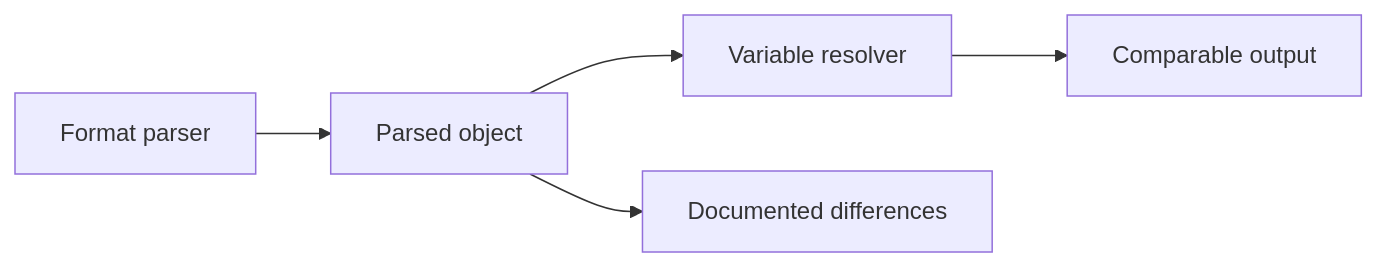
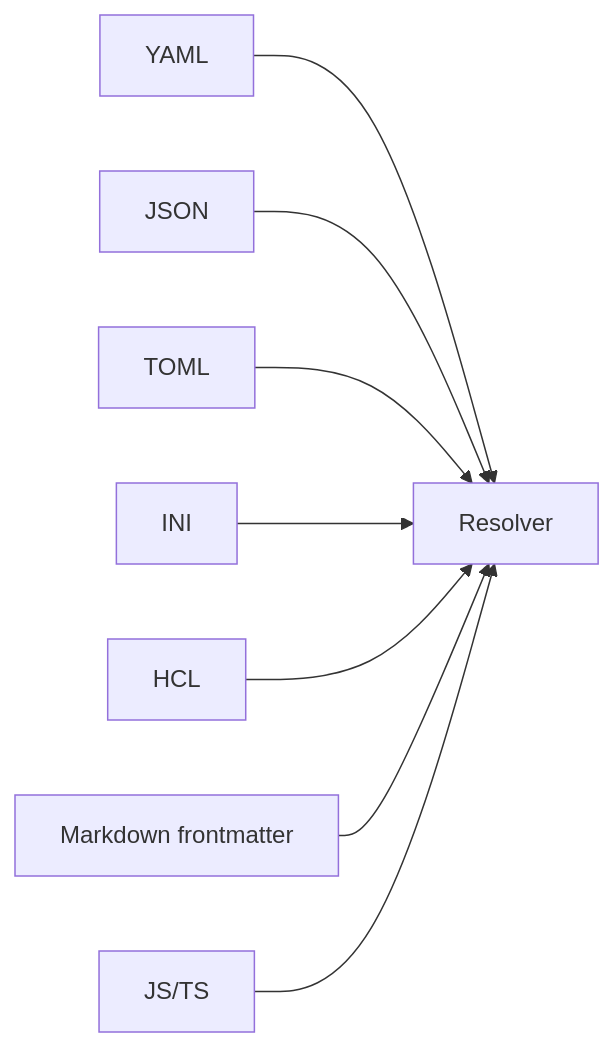
Before and after one commit to DavidWells/configorama: the diagram in site/content/concepts/cross-format-semantics.mdx, drawn with Mermaid. The commit also changed other lines of this file and 17 other files, not shown here.

````diff
--- a/site/content/concepts/cross-format-semantics.mdx
+++ b/site/content/concepts/cross-format-semantics.mdx
@@ -12,7 +16,10 @@
 ```mermaid
 graph LR
-  A[Format parser] --> B[Parsed object]
-  B --> C[Variable resolver]
-  C --> D[Comparable output]
-  B --> E[Documented differences]
+  A[YAML] --> R[Resolver]
+  B[JSON] --> R
+  C[TOML] --> R
+  D[INI] --> R
+  E[HCL] --> R
+  F[Markdown frontmatter] --> R
+  G[JS/TS] --> R
 ```
````
